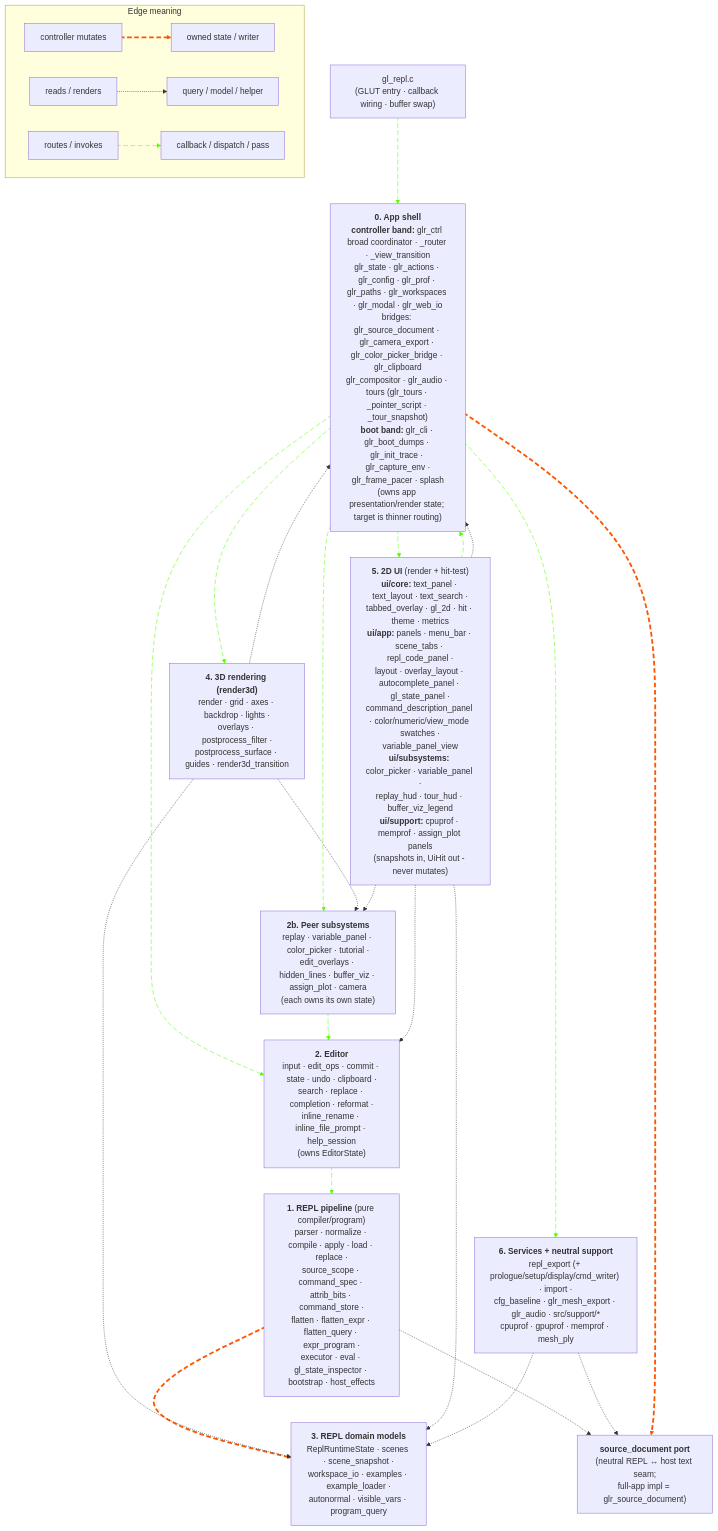
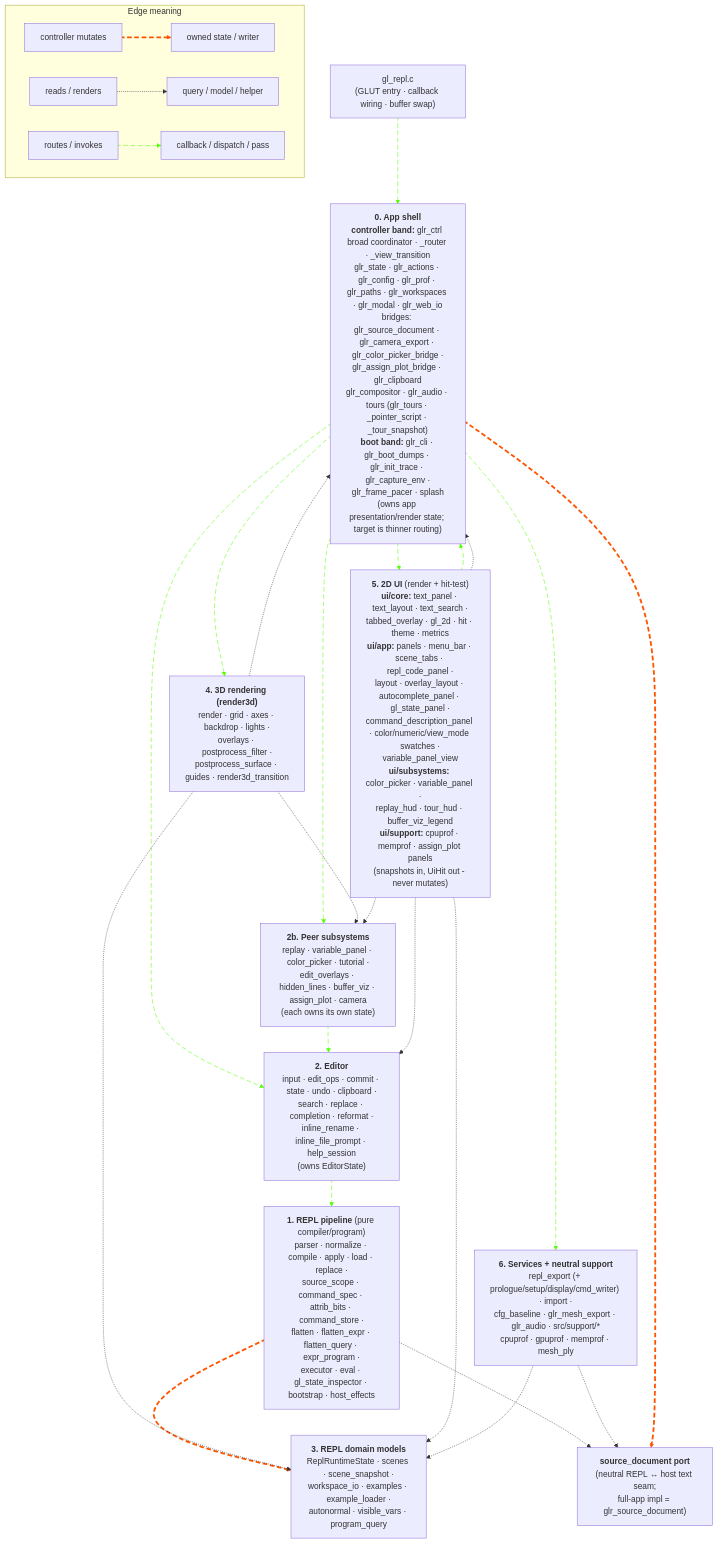
One commit to drewwoods/gl-repl changed the first of 2 diagrams in docs/MODULES.md. Above: the diagram before and after it, drawn with Mermaid. The commit also changed other lines of this file and 7 other files, not shown here.

First line of the commit message:
Route assign_plot's flat-program reads through a host bridge

````diff
--- a/docs/MODULES.md
+++ b/docs/MODULES.md
@@ -734,79 +735,79 @@
 ```mermaid
 flowchart TB
     subgraph legend["Edge meaning"]
         lmut_a["controller mutates"] e1@==> lmut_b["owned state / writer"]
         lread_a["reads / renders"] -.-> lread_b["query / model / helper"]
         lflow_a["routes / invokes"] i1@--> lflow_b["callback / dispatch / pass"]
     end
 
     gl_repl["gl_repl.c<br/>(GLUT entry · callback wiring · buffer swap)"]
 
-    app["<b>0. App shell</b><br/><b>controller band:</b> glr_ctrl broad coordinator · _router · _view_transition<br/>glr_state · glr_actions · glr_config · glr_prof · glr_paths · glr_workspaces · glr_modal · glr_web_io<br/>bridges: glr_source_document · glr_camera_export · glr_color_picker_bridge · glr_clipboard<br/>glr_compositor · glr_audio · tours (glr_tours · _pointer_script · _tour_snapshot)<br/><b>boot band:</b> glr_cli · glr_boot_dumps · glr_init_trace · glr_capture_env ·<br/>glr_frame_pacer · splash<br/>(owns app presentation/render state; target is thinner routing)"]
+    app["<b>0. App shell</b><br/><b>controller band:</b> glr_ctrl broad coordinator · _router · _view_transition<br/>glr_state · glr_actions · glr_config · glr_prof · glr_paths · glr_workspaces · glr_modal · glr_web_io<br/>bridges: glr_source_document · glr_camera_export · glr_color_picker_bridge ·<br/>glr_assign_plot_bridge · glr_clipboard<br/>glr_compositor · glr_audio · tours (glr_tours · _pointer_script · _tour_snapshot)<br/><b>boot band:</b> glr_cli · glr_boot_dumps · glr_init_trace · glr_capture_env ·<br/>glr_frame_pacer · splash<br/>(owns app presentation/render state; target is thinner routing)"]
 
     editor["<b>2. Editor</b><br/>input · edit_ops · commit · state · undo · clipboard ·<br/>search · replace · completion · reformat ·<br/>inline_rename · inline_file_prompt · help_session<br/>(owns EditorState)"]
 
     peers["<b>2b. Peer subsystems</b><br/>replay · variable_panel · color_picker · tutorial ·<br/>edit_overlays · hidden_lines · buffer_viz · assign_plot · camera<br/>(each owns its own state)"]
 
     repl["<b>1. REPL pipeline</b> (pure compiler/program)<br/>parser · normalize · compile · apply · load · replace ·<br/>source_scope · command_spec · attrib_bits · command_store ·<br/>flatten · flatten_expr · flatten_query · expr_program ·<br/>executor · eval · gl_state_inspector · bootstrap · host_effects"]
 
     models["<b>3. REPL domain models</b><br/>ReplRuntimeState · scenes · scene_snapshot ·<br/>workspace_io · examples · example_loader ·<br/>autonormal · visible_vars · program_query"]
 
     srcdoc["<b>source_document port</b><br/>(neutral REPL ↔ host text seam;<br/>full-app impl = glr_source_document)"]
 
     ui["<b>5. 2D UI</b> (render + hit-test)<br/><b>ui/core:</b> text_panel · text_layout · text_search ·<br/>tabbed_overlay · gl_2d · hit · theme · metrics<br/><b>ui/app:</b> panels · menu_bar · scene_tabs · repl_code_panel ·<br/>layout · overlay_layout · autocomplete_panel · gl_state_panel ·<br/>command_description_panel · color/numeric/view_mode swatches ·<br/>variable_panel_view<br/><b>ui/subsystems:</b> color_picker · variable_panel ·<br/>replay_hud · tour_hud · buffer_viz_legend<br/><b>ui/support:</b> cpuprof · memprof · assign_plot panels<br/>(snapshots in, UiHit out - never mutates)"]
 
     render3d["<b>4. 3D rendering (render3d)</b><br/>render · grid · axes · backdrop · lights ·<br/>overlays · postprocess_filter ·<br/>postprocess_surface · guides · render3d_transition"]
 
     services["<b>6. Services + neutral support</b><br/>repl_export (+ prologue/setup/display/cmd_writer) · import ·<br/>cfg_baseline · glr_mesh_export · glr_audio · src/support/*<br/>cpuprof · gpuprof · memprof · mesh_ply"]
 
     %% Raw input flow: gl_repl.c hands GLUT events to the app shell. UI
     %% hit-tests are passive - they compute a UiHit and hand it back to
     %% the controller for dispatch.
     gl_repl i2@--> app
     ui i3@--> app
 
     %% App shell routes raw input to the owning subsystem, drives the
     %% frame, and calls UI/render3d/services.
     app i4@--> editor
     app i5@--> peers
     app i6@--> render3d
     app i7@--> ui
     app i8@--> services
 
     %% Editor commit is the only path crossing INTO the REPL pipeline.
     %% REPL apply / command_store mutates the program model.
     editor i9@--> repl
     repl e2@==> models
 
     %% Peers write back through the editor (color_picker rewrites a
     %% source line via editor_commit_apply_external_change; the
     %% variable_panel drag rewrites a numeric token the same way).
     peers i10@--> editor
 
     %% Source-document port: REPL pipeline reads/writes source text
     %% through the neutral port, and services read source through it
     %% too. The full-app adapter (app layer) delegates writes to the
     %% editor buffer - editor stays the single underlying writer.
     repl -.-> srcdoc
     services -.-> srcdoc
     app e3@==> srcdoc
 
     %% Render is read-only: render3d and UI consume snapshots of program /
     %% editor / peer / app state. They never mutate.
     render3d -.-> models
     render3d -.-> peers
     render3d -.-> app
     ui -.-> editor
     ui -.-> models
     ui -.-> peers
     ui -.-> app
 
     %% Services read program and editor state to persist/replay.
     services -.-> models
 
     classDef animateE stroke:#f50,stroke-dasharray: 9\,5,stroke-dashoffset: 900,animation: dash 90s linear infinite;
     classDef animateF stroke:#5f0,stroke-dasharray: 9\,5,stroke-dashoffset: 900,animation: dash 90s linear infinite;
 
     class e1,e2,e3 animateE
     class i1,i2,i3,i4,i5,i6,i7,i8,i9,i10 animateF
 ```
````
